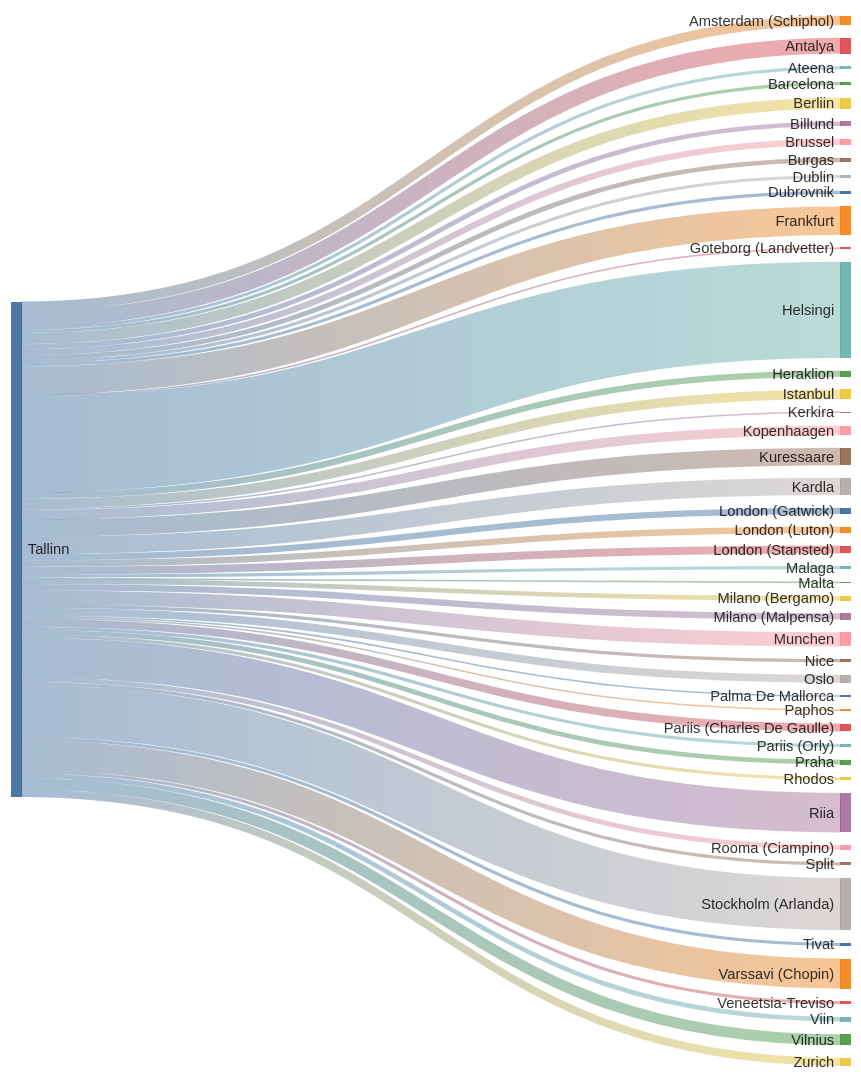
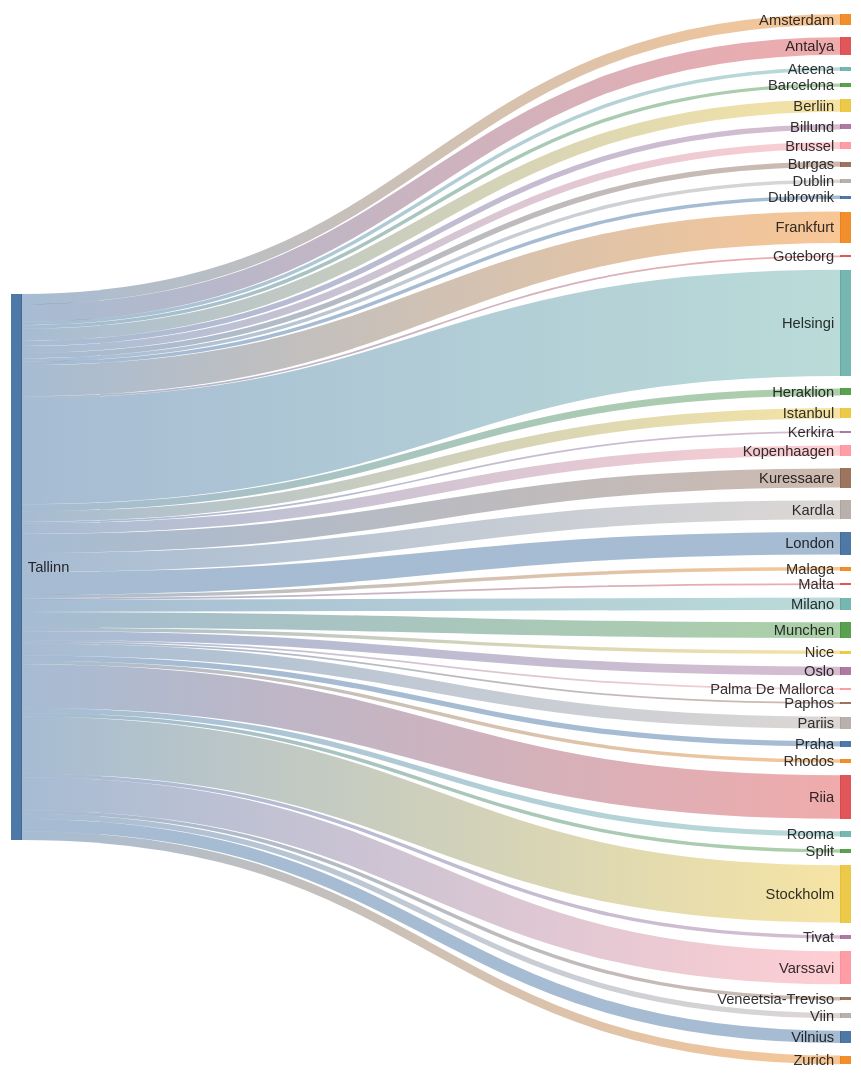
The second of 2 diagrams in README.md (rainermesi/tll-airport-departures), drawn with Mermaid before and after one commit. The commit also changed other lines of this file, not shown here.

````diff
--- a/README.md
+++ b/README.md
@@ -25,58 +25,54 @@
 ```mermaid
 ---
 config:
   sankey:
     showValues: false
     width: 800
     height: 1000
 ---
 sankey-beta
 %% source,target,value
-Tallinn,Amsterdam (Schiphol),6
+Tallinn,Amsterdam,6
 Tallinn,Antalya,10
 Tallinn,Ateena,2
 Tallinn,Barcelona,2
 Tallinn,Berliin,7
 Tallinn,Billund,3
 Tallinn,Brussel,4
 Tallinn,Burgas,3
 Tallinn,Dublin,2
 Tallinn,Dubrovnik,2
 Tallinn,Frankfurt,18
-Tallinn,Goteborg (Landvetter),1
+Tallinn,Goteborg,1
 Tallinn,Helsingi,61
 Tallinn,Heraklion,4
 Tallinn,Istanbul,6
 Tallinn,Kerkira,1
 Tallinn,Kopenhaagen,6
 Tallinn,Kuressaare,11
 Tallinn,Kardla,11
-Tallinn,London (Gatwick),4
-Tallinn,London (Luton),4
-Tallinn,London (Stansted),5
+Tallinn,London,13
 Tallinn,Malaga,2
 Tallinn,Malta,1
-Tallinn,Milano (Bergamo),3
-Tallinn,Milano (Malpensa),4
+Tallinn,Milano,7
 Tallinn,Munchen,9
 Tallinn,Nice,2
 Tallinn,Oslo,5
 Tallinn,Palma De Mallorca,1
 Tallinn,Paphos,1
-Tallinn,Pariis (Charles De Gaulle),5
-Tallinn,Pariis (Orly),2
+Tallinn,Pariis,7
 Tallinn,Praha,3
 Tallinn,Rhodos,2
 Tallinn,Riia,25
-Tallinn,Rooma (Ciampino),3
+Tallinn,Rooma,3
 Tallinn,Split,2
-Tallinn,Stockholm (Arlanda),33
+Tallinn,Stockholm,33
 Tallinn,Tivat,2
-Tallinn,Varssavi (Chopin),19
+Tallinn,Varssavi,19
 Tallinn,Veneetsia-Treviso,2
 Tallinn,Viin,3
 Tallinn,Vilnius,7
 Tallinn,Zurich,5
 
 
 ```
````
